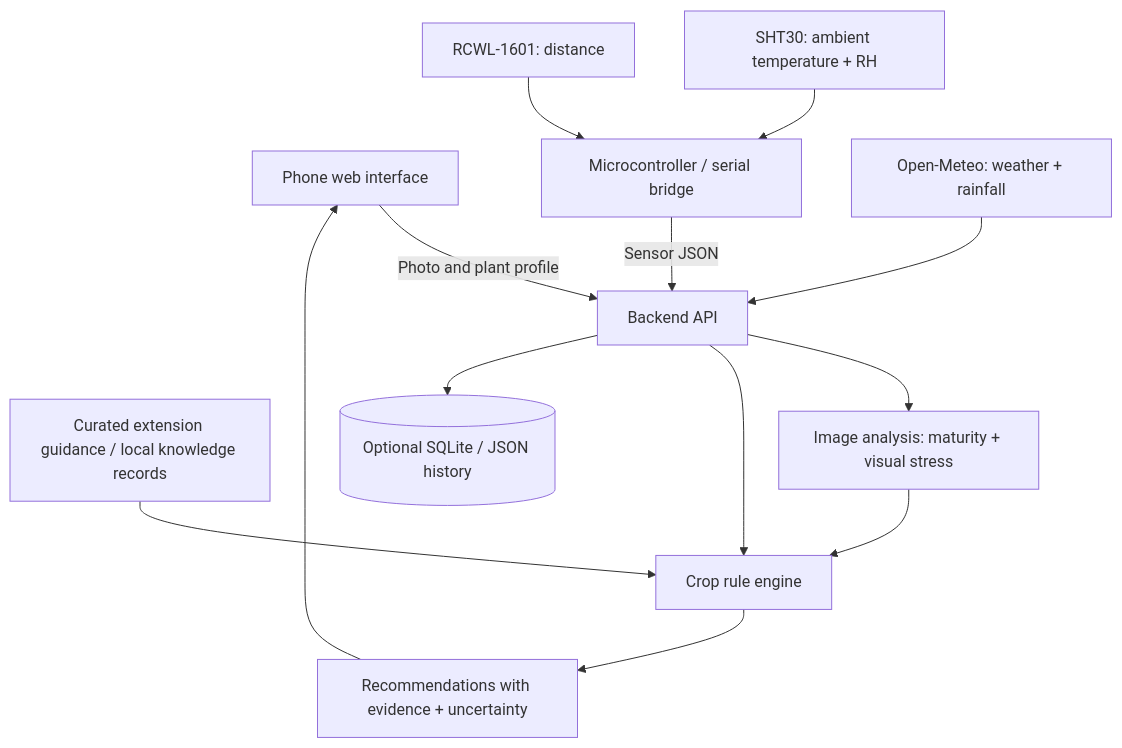
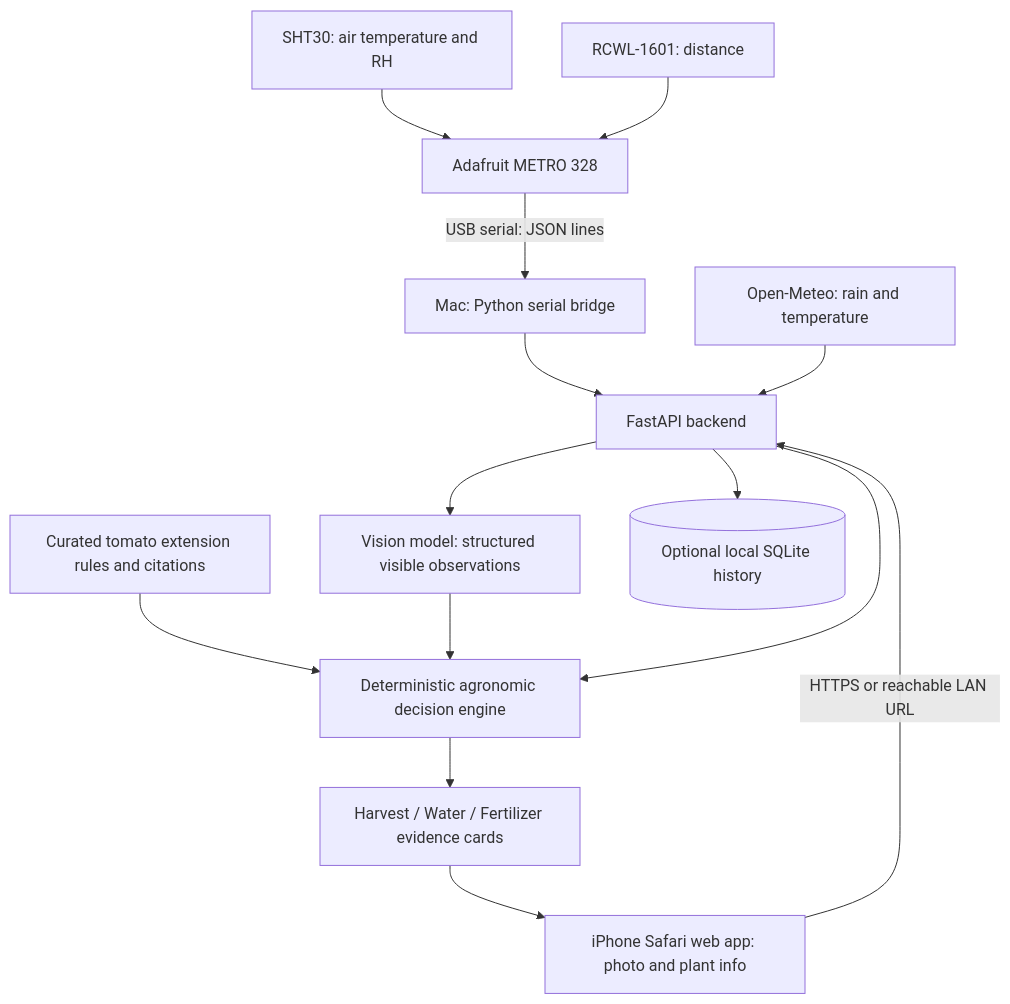
One commit to munibraza/ubhackingai26 changed the diagram in README.md. Above: the diagram before and after it, drawn with Mermaid. The commit also changed other lines of this file, not shown here.

````diff
--- a/README.md
+++ b/README.md
@@ -88,15 +253,16 @@
 ```mermaid
 flowchart TD
-    A[Phone web interface] -->|Photo and plant profile| B[Backend API]
-    C[SHT30: ambient temperature + RH] --> D[Microcontroller / serial bridge]
-    E[RCWL-1601: distance] --> D
-    D -->|Sensor JSON| B
-    F[Open-Meteo: weather + rainfall] --> B
-    G[Curated extension guidance / local knowledge records] --> H[Crop rule engine]
-    B --> I[Image analysis: maturity + visual stress]
-    I --> H
-    B --> H
-    H --> J[Recommendations with evidence + uncertainty]
-    J --> A
-    B --> K[(Optional SQLite / JSON history)]
+    SHT[SHT30: air temperature and RH] --> M[Adafruit METRO 328]
+    SONAR[RCWL-1601: distance] --> M
+    M -->|USB serial: JSON lines| MAC[Mac: Python serial bridge]
+    MAC --> API[FastAPI backend]
+    PHONE[iPhone Safari web app: photo and plant info] -->|HTTPS or reachable LAN URL| API
+    WEATHER[Open-Meteo: rain and temperature] --> API
+    KNOW[Curated tomato extension rules and citations] --> RULES[Deterministic agronomic decision engine]
+    API --> VISION[Vision model: structured visible observations]
+    VISION --> RULES
+    API --> RULES
+    RULES --> CARDS[Harvest / Water / Fertilizer evidence cards]
+    CARDS --> PHONE
+    API --> DB[(Optional local SQLite history)]
 ```
````
